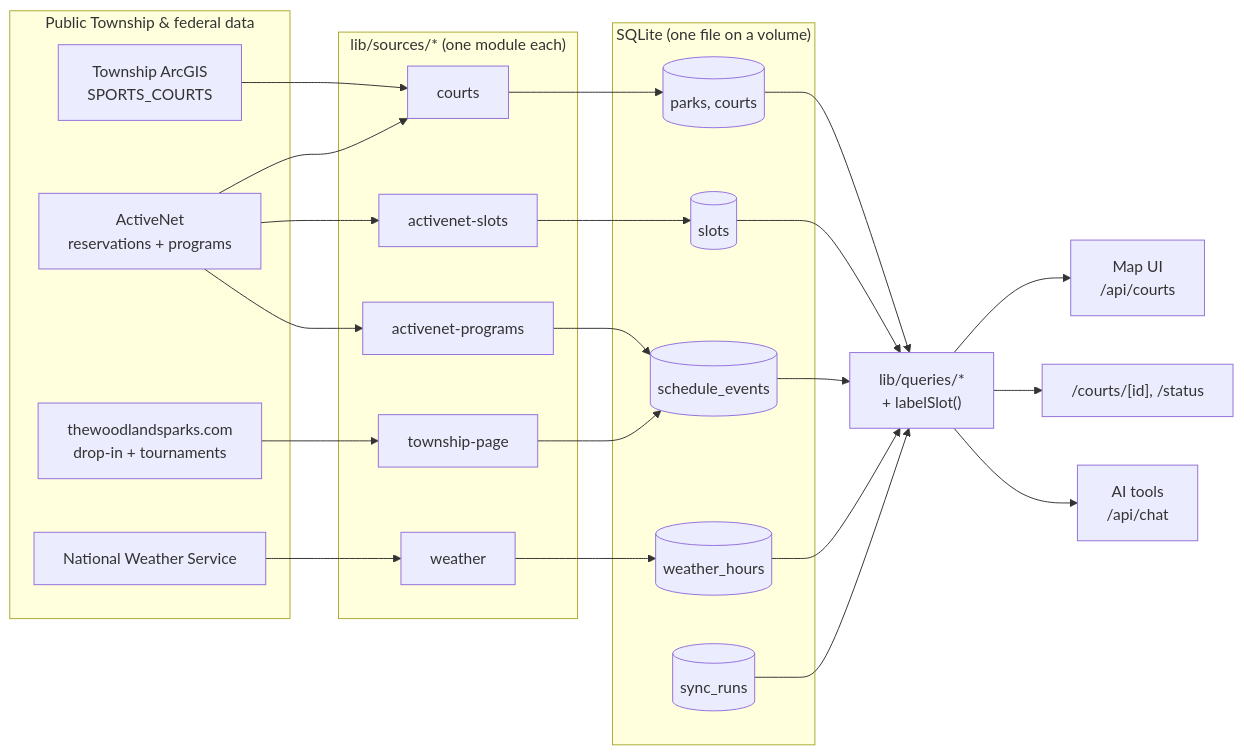
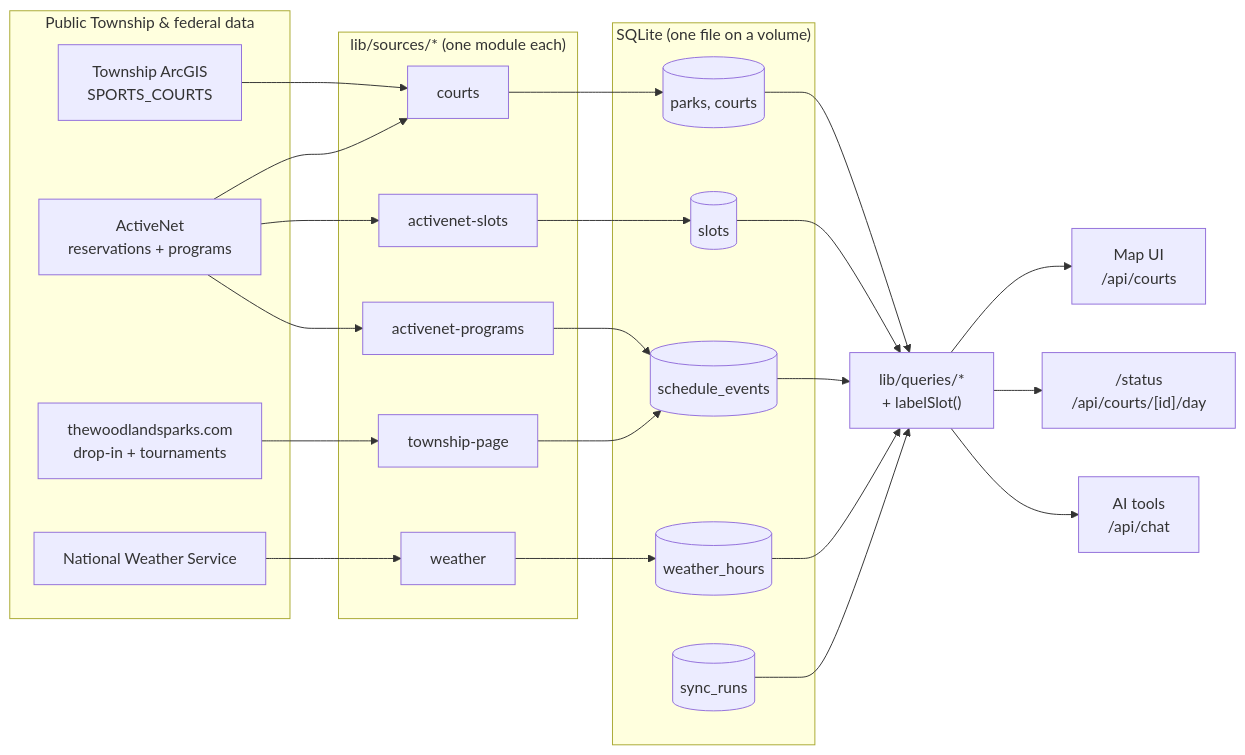
One commit to JohnnyRacket/woodlands-court-finder changed the diagram in README.md. Above: the diagram before and after it, drawn with Mermaid. The commit also changed other lines of this file and 9 other files, not shown here.

````diff
--- a/README.md
+++ b/README.md
@@ -16,43 +16,43 @@
 ```mermaid
 flowchart LR
   subgraph Upstream["Public Township & federal data"]
     GIS["Township ArcGIS<br/>SPORTS_COURTS"]
     AN["ActiveNet<br/>reservations + programs"]
     WEB["thewoodlandsparks.com<br/>drop-in + tournaments"]
     NWS["National Weather Service"]
   end
 
   subgraph Sources["lib/sources/* (one module each)"]
     C["courts"]
     S["activenet-slots"]
     P["activenet-programs"]
     T["township-page"]
     W["weather"]
   end
 
   subgraph DB["SQLite (one file on a volume)"]
     PC[("parks, courts")]
     SL[("slots")]
     EV[("schedule_events")]
     WH[("weather_hours")]
     SR[("sync_runs")]
   end
 
   GIS --> C
   AN --> C
   AN --> S
   AN --> P
   WEB --> T
   NWS --> W
   C --> PC
   S --> SL
   P --> EV
   T --> EV
   W --> WH
 
   Q["lib/queries/*<br/>+ labelSlot()"]
   PC & SL & EV & WH & SR --> Q
   Q --> UI["Map UI<br/>/api/courts"]
-  Q --> PAGES["/courts/[id], /status"]
+  Q --> PAGES["/status<br/>/api/courts/[id]/day"]
   Q --> AI["AI tools<br/>/api/chat"]
 ```
````
